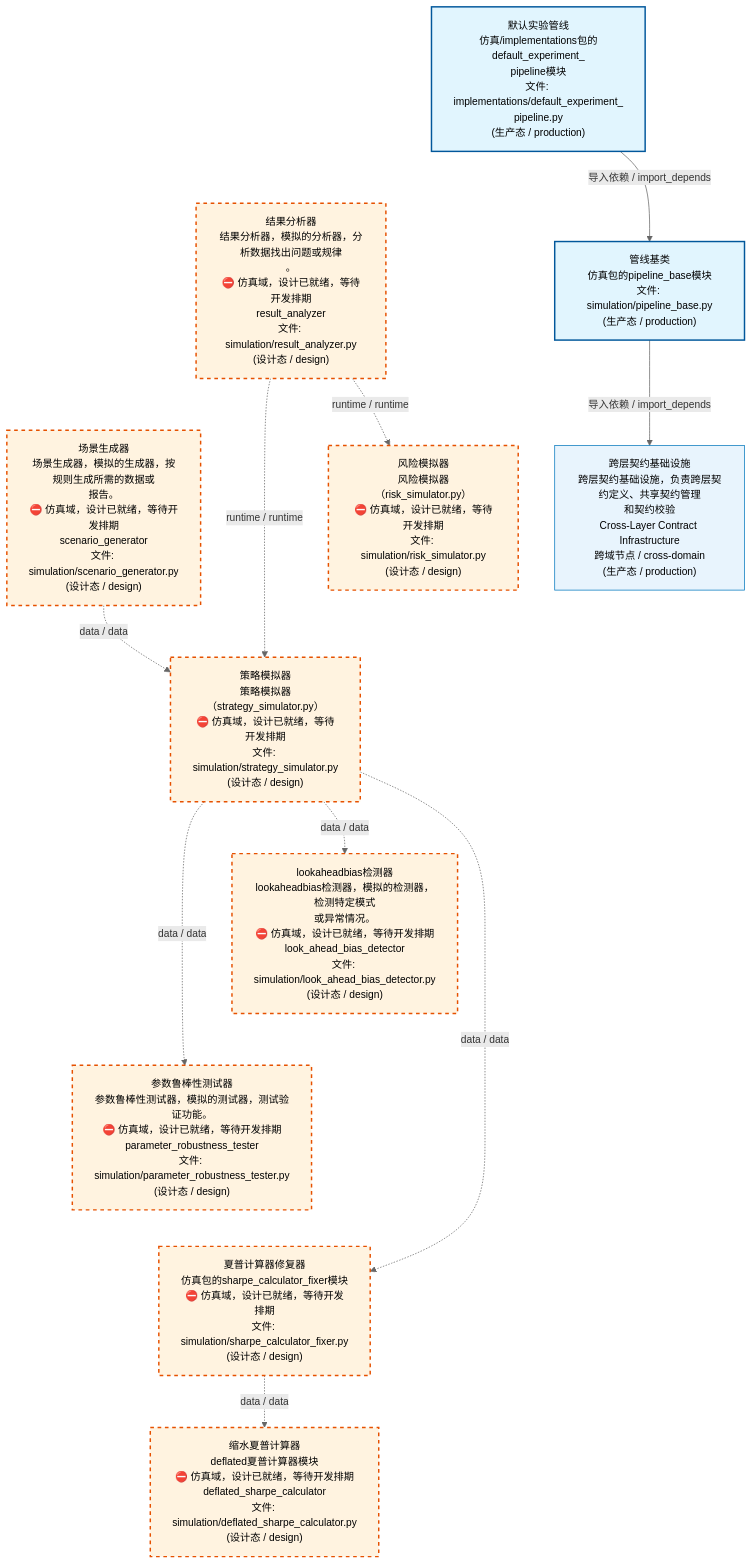
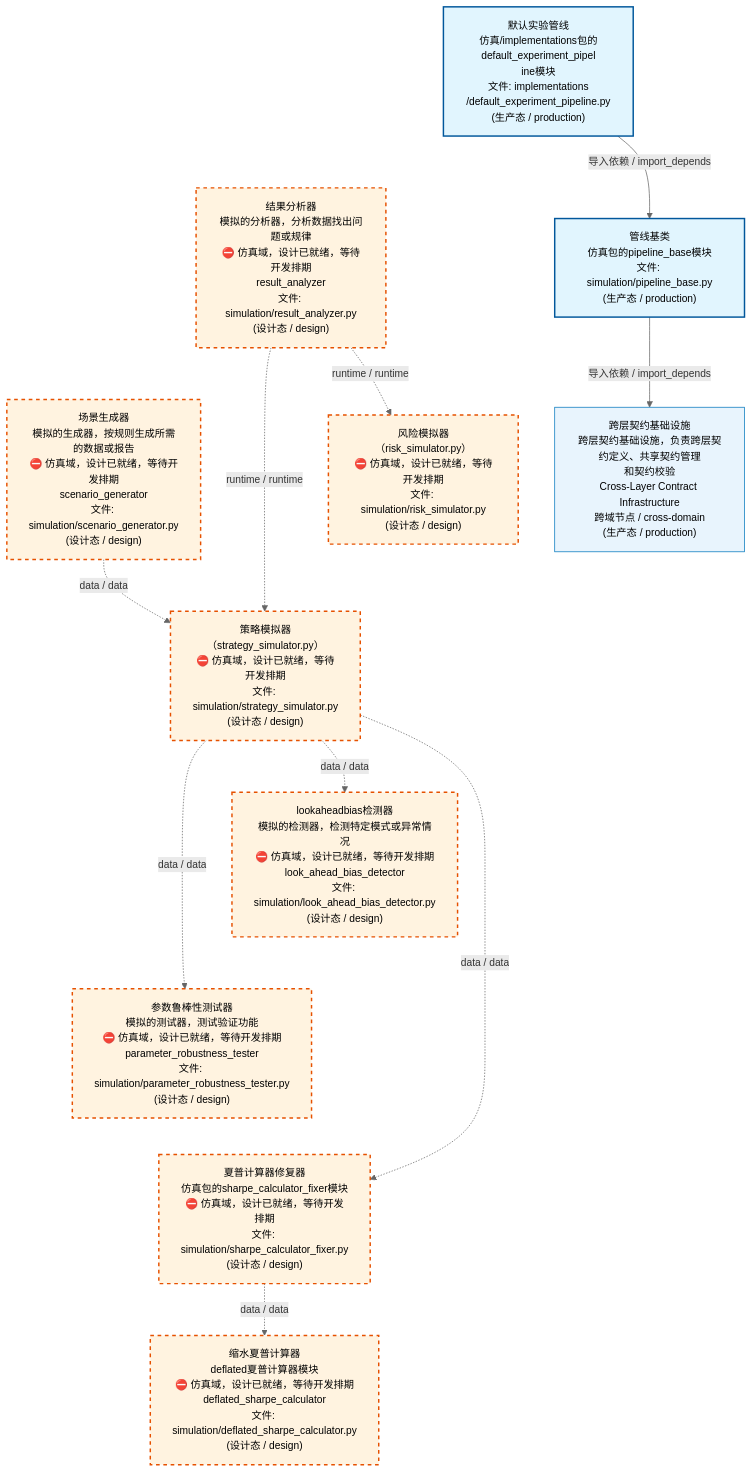
The first of 4 diagrams in docs/02_enterprise_architecture/02_domain_architecture_docs/70_d_simulation.md (xuanFelixVan/ZephyrAlpha), drawn with Mermaid before and after one commit. The commit also changed other lines of this file and 59 other files, not shown here.

````diff
--- a/docs/02_enterprise_architecture/02_domain_architecture_docs/70_d_simulation.md
+++ b/docs/02_enterprise_architecture/02_domain_architecture_docs/70_d_simulation.md
@@ -53,37 +53,37 @@
 ```mermaid
 %%{init: {'theme': 'base', 'themeVariables': {'primaryColor': '#eaeaea', 'primaryTextColor': '#333333', 'primaryBorderColor': '#666666', 'lineColor': '#666666', 'secondaryColor': '#eaeaea', 'tertiaryColor': '#eaeaea', 'fontSize': '14px'}}}%%
 flowchart TD
-    src_zephyr_simulation_implementations_default_experiment_pipeline_py["默认实验管线<br/>仿真/implementations包的default_experiment_<br/>pipeline模块<br/>文件: implementations/default_experiment_<br/>pipeline.py<br/>(生产态 / production)"]
-    src_zephyr_simulation_result_analyzer_py["结果分析器<br/>结果分析器，模拟的分析器，分析数据找出问题或规律<br/>。<br/>⛔ 仿真域，设计已就绪，等待开发排期<br/>result_analyzer<br/>文件: simulation/result_analyzer.py<br/>(设计态 / design)"]
-    src_zephyr_simulation_scenario_generator_py["场景生成器<br/>场景生成器，模拟的生成器，按规则生成所需的数据或<br/>报告。<br/>⛔ 仿真域，设计已就绪，等待开发排期<br/>scenario_generator<br/>文件: simulation/scenario_generator.py<br/>(设计态 / design)"]
+    src_zephyr_simulation_implementations_default_experiment_pipeline_py["默认实验管线<br/>仿真/implementations包的default_experiment_pipel<br/>ine模块<br/>文件: implementations<br/>/default_experiment_pipeline.py<br/>(生产态 / production)"]
+    src_zephyr_simulation_result_analyzer_py["结果分析器<br/>模拟的分析器，分析数据找出问题或规律<br/>⛔ 仿真域，设计已就绪，等待开发排期<br/>result_analyzer<br/>文件: simulation/result_analyzer.py<br/>(设计态 / design)"]
+    src_zephyr_simulation_scenario_generator_py["场景生成器<br/>模拟的生成器，按规则生成所需的数据或报告<br/>⛔ 仿真域，设计已就绪，等待开发排期<br/>scenario_generator<br/>文件: simulation/scenario_generator.py<br/>(设计态 / design)"]
     src_zephyr_simulation_implementations_default_experiment_pipeline_py ~~~ src_zephyr_simulation_result_analyzer_py
     src_zephyr_simulation_result_analyzer_py ~~~ src_zephyr_simulation_scenario_generator_py
     src_zephyr_simulation_pipeline_base_py["管线基类<br/>仿真包的pipeline_base模块<br/>文件: simulation/pipeline_base.py<br/>(生产态 / production)"]
-    src_zephyr_simulation_risk_simulator_py["风险模拟器<br/>风险模拟器（risk_simulator.py）<br/>⛔ 仿真域，设计已就绪，等待开发排期<br/>文件: simulation/risk_simulator.py<br/>(设计态 / design)"]
-    src_zephyr_simulation_strategy_simulator_py["策略模拟器<br/>策略模拟器（strategy_simulator.py）<br/>⛔ 仿真域，设计已就绪，等待开发排期<br/>文件: simulation/strategy_simulator.py<br/>(设计态 / design)"]
+    src_zephyr_simulation_risk_simulator_py["风险模拟器<br/>（risk_simulator.py）<br/>⛔ 仿真域，设计已就绪，等待开发排期<br/>文件: simulation/risk_simulator.py<br/>(设计态 / design)"]
+    src_zephyr_simulation_strategy_simulator_py["策略模拟器<br/>（strategy_simulator.py）<br/>⛔ 仿真域，设计已就绪，等待开发排期<br/>文件: simulation/strategy_simulator.py<br/>(设计态 / design)"]
     src_zephyr_simulation_pipeline_base_py ~~~ src_zephyr_simulation_risk_simulator_py
     src_zephyr_simulation_risk_simulator_py ~~~ src_zephyr_simulation_strategy_simulator_py
-    src_zephyr_simulation_look_ahead_bias_detector_py["lookaheadbias检测器<br/>lookaheadbias检测器，模拟的检测器，检测特定模式<br/>或异常情况。<br/>⛔ 仿真域，设计已就绪，等待开发排期<br/>look_ahead_bias_detector<br/>文件: simulation/look_ahead_bias_detector.py<br/>(设计态 / design)"]
-    src_zephyr_simulation_parameter_robustness_tester_py["参数鲁棒性测试器<br/>参数鲁棒性测试器，模拟的测试器，测试验证功能。<br/>⛔ 仿真域，设计已就绪，等待开发排期<br/>parameter_robustness_tester<br/>文件: simulation/parameter_robustness_tester.py<br/>(设计态 / design)"]
+    src_zephyr_simulation_look_ahead_bias_detector_py["lookaheadbias检测器<br/>模拟的检测器，检测特定模式或异常情况<br/>⛔ 仿真域，设计已就绪，等待开发排期<br/>look_ahead_bias_detector<br/>文件: simulation/look_ahead_bias_detector.py<br/>(设计态 / design)"]
+    src_zephyr_simulation_parameter_robustness_tester_py["参数鲁棒性测试器<br/>模拟的测试器，测试验证功能<br/>⛔ 仿真域，设计已就绪，等待开发排期<br/>parameter_robustness_tester<br/>文件: simulation/parameter_robustness_tester.py<br/>(设计态 / design)"]
     src_zephyr_simulation_sharpe_calculator_fixer_py["夏普计算器修复器<br/>仿真包的sharpe_calculator_fixer模块<br/>⛔ 仿真域，设计已就绪，等待开发排期<br/>文件: simulation/sharpe_calculator_fixer.py<br/>(设计态 / design)"]
     src_zephyr_simulation_look_ahead_bias_detector_py ~~~ src_zephyr_simulation_parameter_robustness_tester_py
     src_zephyr_simulation_parameter_robustness_tester_py ~~~ src_zephyr_simulation_sharpe_calculator_fixer_py
     src_zephyr_simulation_deflated_sharpe_calculator_py["缩水夏普计算器<br/>deflated夏普计算器模块<br/>⛔ 仿真域，设计已就绪，等待开发排期<br/>deflated_sharpe_calculator<br/>文件: simulation/deflated_sharpe_calculator.py<br/>(设计态 / design)"]
     src_zephyr_simulation_strategy_simulator_py -.->|data / data| src_zephyr_simulation_parameter_robustness_tester_py
     src_zephyr_simulation_strategy_simulator_py -.->|data / data| src_zephyr_simulation_look_ahead_bias_detector_py
     src_zephyr_simulation_strategy_simulator_py -.->|data / data| src_zephyr_simulation_sharpe_calculator_fixer_py
     src_zephyr_simulation_scenario_generator_py -.->|data / data| src_zephyr_simulation_strategy_simulator_py
     src_zephyr_simulation_result_analyzer_py -.->|runtime / runtime| src_zephyr_simulation_strategy_simulator_py
     src_zephyr_simulation_result_analyzer_py -.->|runtime / runtime| src_zephyr_simulation_risk_simulator_py
     src_zephyr_simulation_sharpe_calculator_fixer_py -.->|data / data| src_zephyr_simulation_deflated_sharpe_calculator_py
     src_zephyr_simulation_implementations_default_experiment_pipeline_py -->|导入依赖 / import_depends| src_zephyr_simulation_pipeline_base_py
     D_INFRASTRUCTURE["跨层契约基础设施<br/>跨层契约基础设施，负责跨层契约定义、共享契约管理<br/>和契约校验<br/>Cross-Layer Contract Infrastructure<br/>跨域节点 / cross-domain<br/>(生产态 / production)"]
     src_zephyr_simulation_pipeline_base_py -->|导入依赖 / import_depends| D_INFRASTRUCTURE
     classDef production fill:#e1f5fe,stroke:#01579b,stroke-width:2px,color:#000
     classDef design fill:#fff3e0,stroke:#e65100,stroke-width:2px,color:#000,stroke-dasharray: 5 5
     classDef external_prod fill:#e8f4fd,stroke:#0277bd,stroke-width:1px,color:#000
     classDef external_design fill:#fff8e7,stroke:#ef6c00,stroke-width:1px,color:#000,stroke-dasharray: 5 5
     class src_zephyr_simulation_implementations_default_experiment_pipeline_py,src_zephyr_simulation_pipeline_base_py production
     class src_zephyr_simulation_deflated_sharpe_calculator_py,src_zephyr_simulation_look_ahead_bias_detector_py,src_zephyr_simulation_parameter_robustness_tester_py,src_zephyr_simulation_result_analyzer_py,src_zephyr_simulation_risk_simulator_py,src_zephyr_simulation_scenario_generator_py,src_zephyr_simulation_sharpe_calculator_fixer_py,src_zephyr_simulation_strategy_simulator_py design
     class D_INFRASTRUCTURE external_prod
 ```
````
